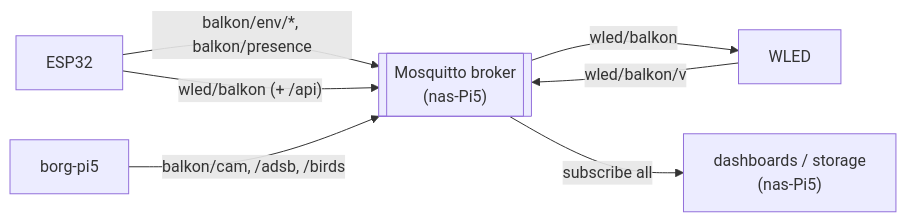
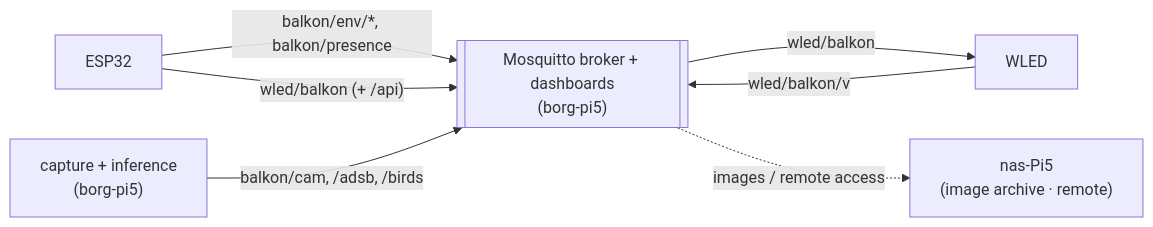
The second of 3 diagrams in docs/network.md (hgn/balkon-borg), drawn with Mermaid before and after one commit. The commit also changed other lines of this file and 8 other files, not shown here.

First line of the commit message:
docs: borg-pi5 is the hub; nas-Pi5 is a minor helper

````diff
--- a/docs/network.md
+++ b/docs/network.md
@@ -74,15 +75,15 @@
 ```mermaid
 graph LR
   esp["ESP32"]
-  borg["borg-pi5"]
-  broker[["Mosquitto broker<br/>(nas-Pi5)"]]
+  cap["capture + inference<br/>(borg-pi5)"]
+  broker[["Mosquitto broker + dashboards<br/>(borg-pi5)"]]
   wled["WLED"]
-  dash["dashboards / storage<br/>(nas-Pi5)"]
+  nas["nas-Pi5<br/>(image archive · remote)"]
 
   esp -->|"balkon/env/*, balkon/presence"| broker
   esp -->|"wled/balkon (+ /api)"| broker
-  borg -->|"balkon/cam, /adsb, /birds"| broker
   broker -->|"wled/balkon"| wled
   wled -->|"wled/balkon/v"| broker
-  broker -->|"subscribe all"| dash
+  cap -->|"balkon/cam, /adsb, /birds"| broker
+  broker -.->|"images / remote access"| nas
 ```
````
